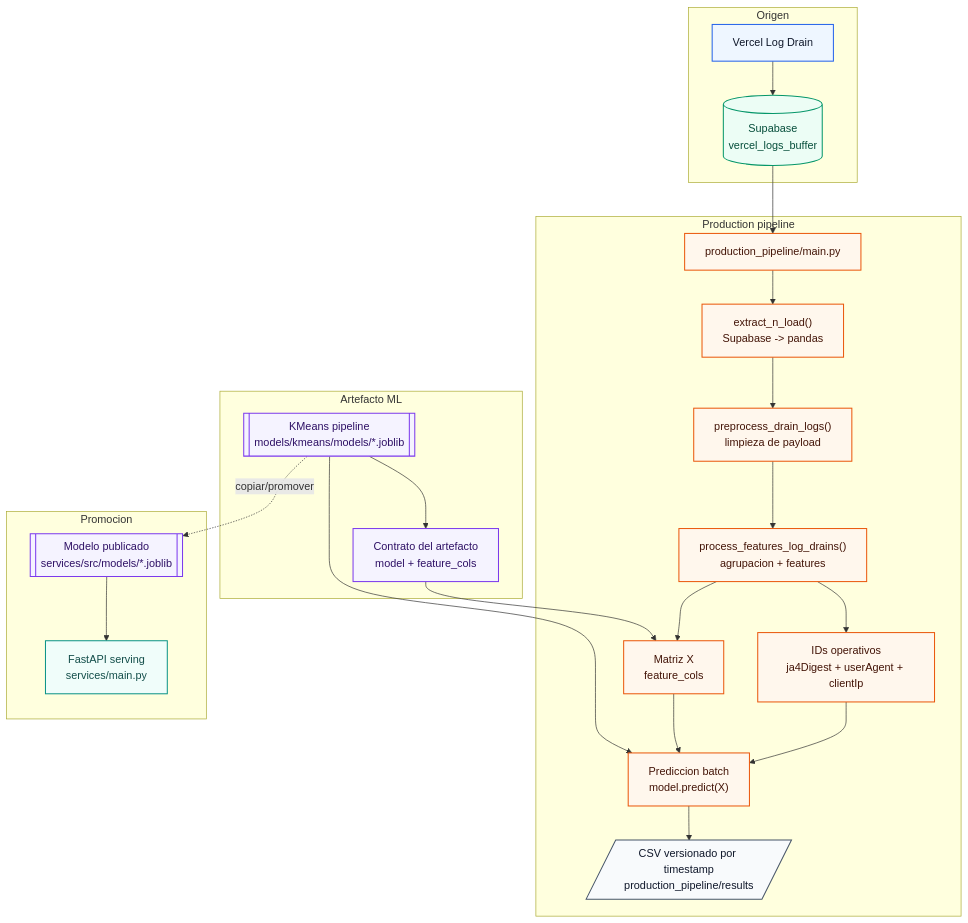
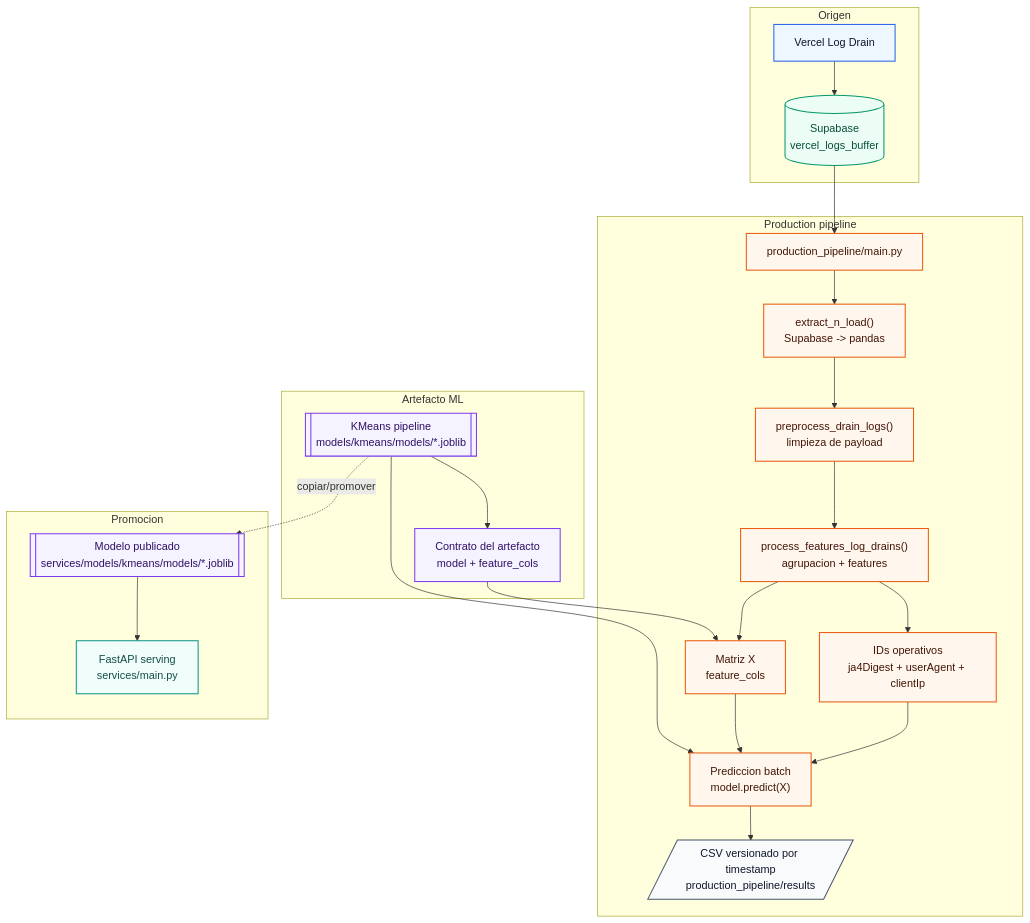
The first of 2 diagrams in production_pipeline/README.MD (Groltjor/LogHound), drawn with Mermaid before and after one commit. The commit also changed other lines of this file and 2 other files, not shown here.

````diff
--- a/production_pipeline/README.MD
+++ b/production_pipeline/README.MD
@@ -32,58 +34,58 @@
 ```mermaid
 flowchart TB
     subgraph source["Origen"]
         vercel["Vercel Log Drain"]
         supabase[("Supabase<br/>vercel_logs_buffer")]
     end
 
     subgraph batch["Production pipeline"]
         runner["production_pipeline/main.py"]
         extract["extract_n_load()<br/>Supabase -> pandas"]
         clean["preprocess_drain_logs()<br/>limpieza de payload"]
         features["process_features_log_drains()<br/>agrupacion + features"]
         ids["IDs operativos<br/>ja4Digest + userAgent + clientIp"]
         matrix["Matriz X<br/>feature_cols"]
         predict["Prediccion batch<br/>model.predict(X)"]
         csv[/"CSV versionado por timestamp<br/>production_pipeline/results"/]
     end
 
     subgraph artifact["Artefacto ML"]
         model[["KMeans pipeline<br/>models/kmeans/models/*.joblib"]]
         contract["Contrato del artefacto<br/>model + feature_cols"]
     end
 
     subgraph serving["Promocion"]
-        serviceModel[["Modelo publicado<br/>services/src/models/*.joblib"]]
+        serviceModel[["Modelo publicado<br/>services/models/kmeans/models/*.joblib"]]
         fastapi["FastAPI serving<br/>services/main.py"]
     end
 
     vercel --> supabase
     supabase --> runner
     runner --> extract
     extract --> clean
     clean --> features
     features --> ids
     features --> matrix
     contract --> matrix
     model --> contract
     matrix --> predict
     ids --> predict
     model --> predict
     predict --> csv
     model -.->|"copiar/promover"| serviceModel
     serviceModel --> fastapi
 
     classDef sourceClass fill:#eef6ff,stroke:#2563eb,stroke-width:1.5px,color:#0f172a;
     classDef dbClass fill:#ecfdf5,stroke:#059669,stroke-width:1.5px,color:#064e3b;
     classDef batchClass fill:#fff7ed,stroke:#ea580c,stroke-width:1.5px,color:#431407;
     classDef mlClass fill:#f5f3ff,stroke:#7c3aed,stroke-width:1.5px,color:#2e1065;
     classDef serviceClass fill:#f0fdfa,stroke:#0d9488,stroke-width:1.5px,color:#134e4a;
     classDef outputClass fill:#f8fafc,stroke:#475569,stroke-width:1.5px,color:#0f172a;
 
     class vercel sourceClass;
     class supabase dbClass;
     class runner,extract,clean,features,ids,matrix,predict batchClass;
     class model,contract,serviceModel mlClass;
     class fastapi serviceClass;
     class csv outputClass;
 ```
````
